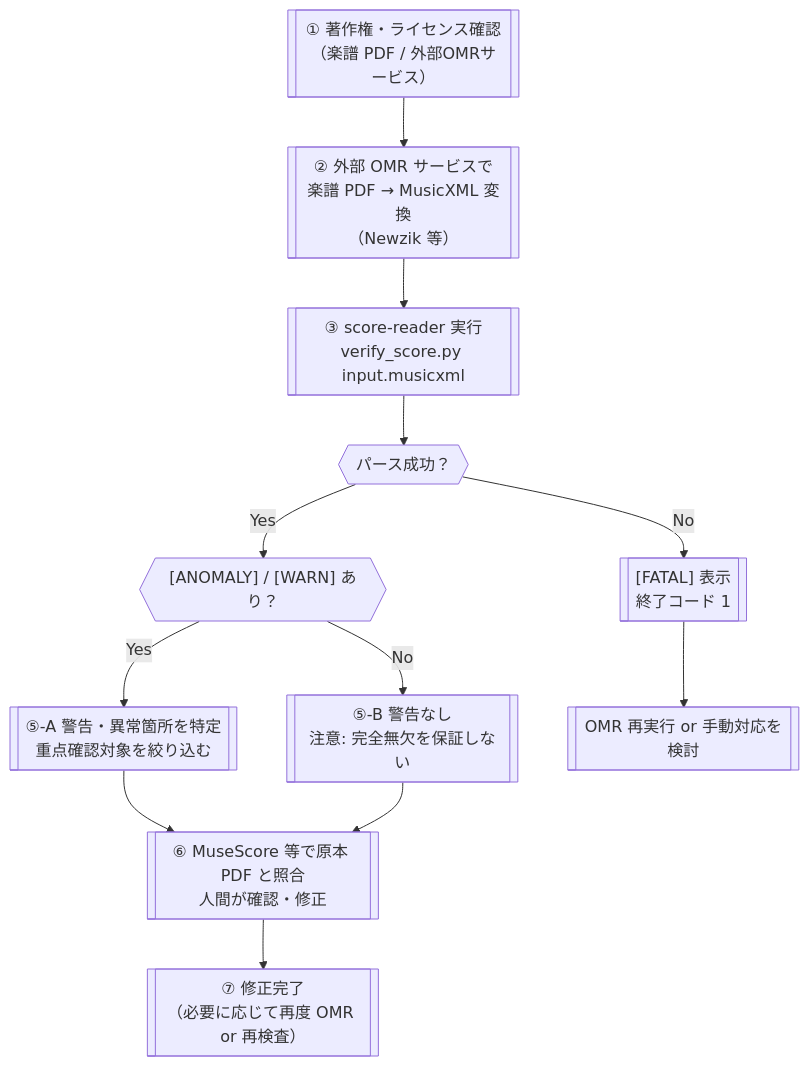
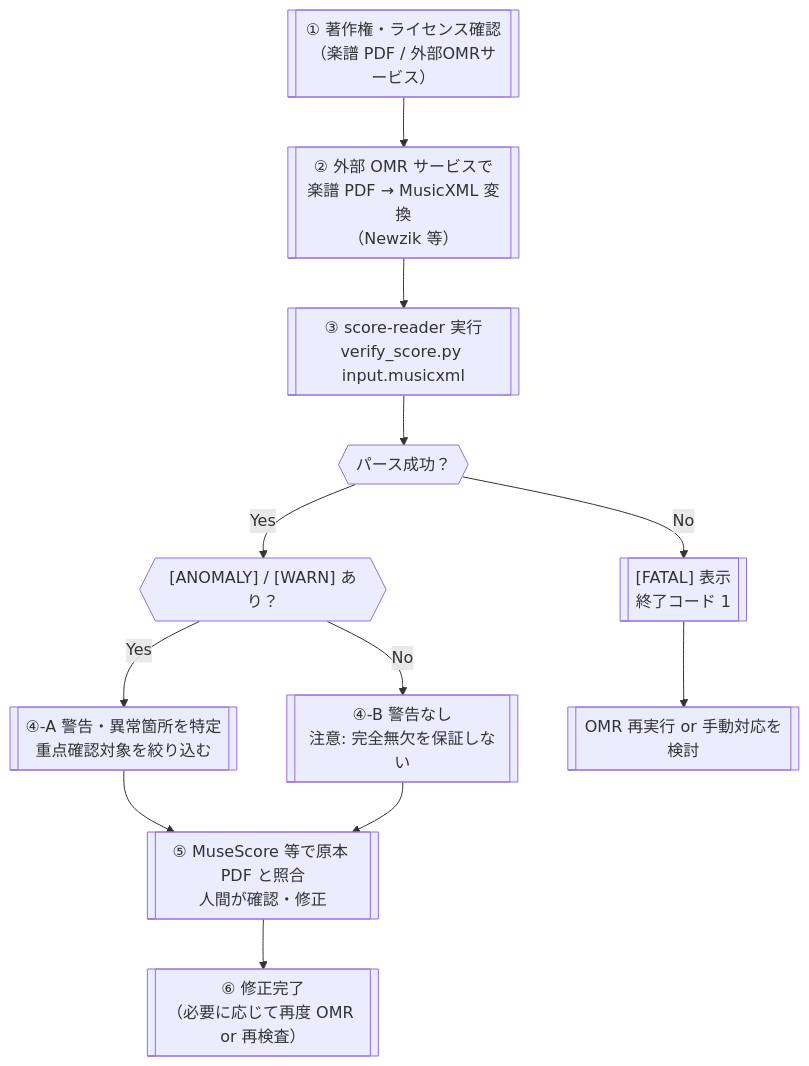
The diagram in docs/design/04_UI_AND_FLOW_DESIGN.md (t-oikawa-sendai/score-reader), drawn with Mermaid before and after one commit. The commit also changed other lines of this file and 7 other files, not shown here.

````diff
--- a/docs/design/04_UI_AND_FLOW_DESIGN.md
+++ b/docs/design/04_UI_AND_FLOW_DESIGN.md
@@ -125,25 +125,25 @@
 ```mermaid
 flowchart TD
     A[["① 著作権・ライセンス確認\n（楽譜 PDF / 外部OMRサービス）"]]
     B[["② 外部 OMR サービスで\n楽譜 PDF → MusicXML 変換\n（Newzik 等）"]]
     C[["③ score-reader 実行\nverify_score.py input.musicxml"]]
     D{{"パース成功？"}}
     E[["[FATAL] 表示\n終了コード 1"]]
     F{{"[ANOMALY] / [WARN] あり？"}}
-    G[["⑤-A 警告・異常箇所を特定\n重点確認対象を絞り込む"]]
-    H[["⑤-B 警告なし\n注意: 完全無欠を保証しない"]]
-    I[["⑥ MuseScore 等で原本 PDF と照合\n人間が確認・修正"]]
-    J[["⑦ 修正完了\n（必要に応じて再度 OMR or 再検査）"]]
+    G[["④-A 警告・異常箇所を特定\n重点確認対象を絞り込む"]]
+    H[["④-B 警告なし\n注意: 完全無欠を保証しない"]]
+    I[["⑤ MuseScore 等で原本 PDF と照合\n人間が確認・修正"]]
+    J[["⑥ 修正完了\n（必要に応じて再度 OMR or 再検査）"]]
 
     A --> B
     B --> C
     C --> D
     D -- No --> E
     D -- Yes --> F
     E --> K[["OMR 再実行 or 手動対応を検討"]]
     F -- Yes --> G
     F -- No --> H
     G --> I
     H --> I
     I --> J
 ```
````
